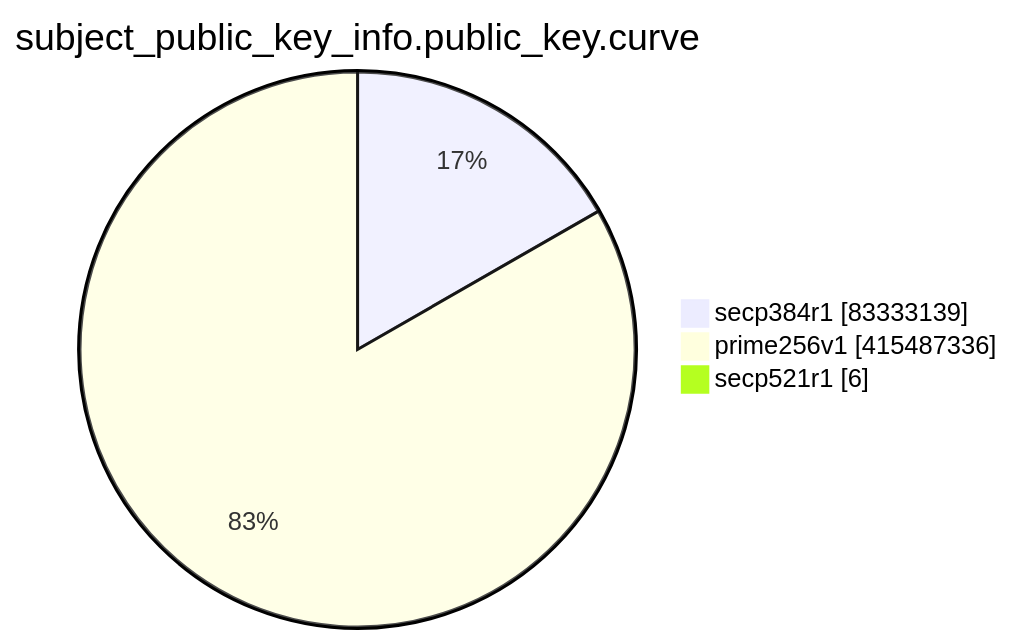
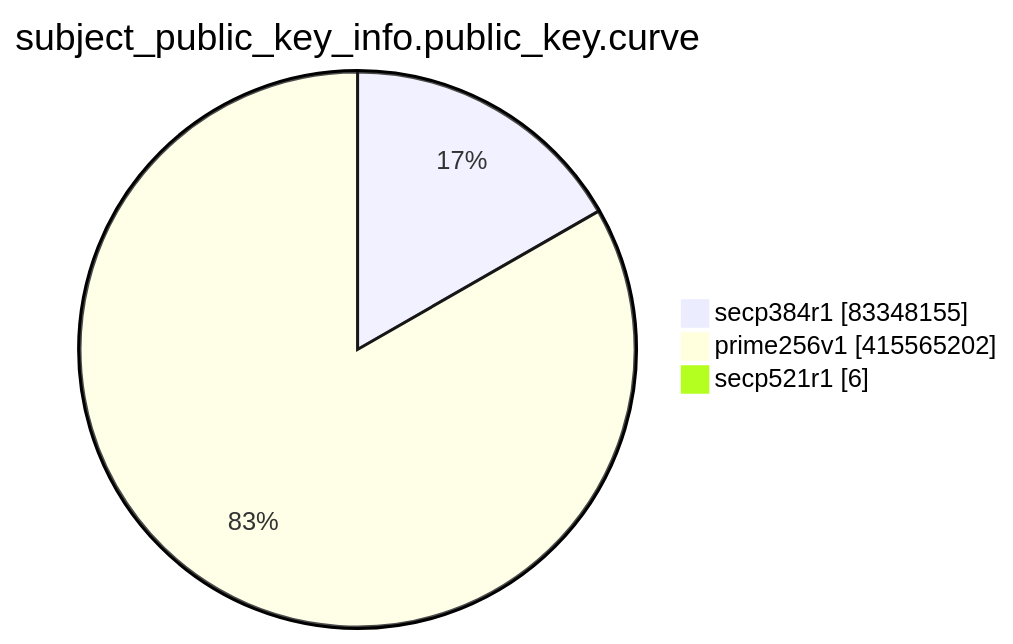
Before and after one commit to christiankrug/ctmonitor_visualization: the eighth of 15 diagrams in TOTAL/README.md, drawn with Mermaid. The commit also changed other lines of this file, not shown here.

````diff
--- a/TOTAL/README.md
+++ b/TOTAL/README.md
@@ -3098,7 +3098,7 @@
 ```mermaid
 pie showData
 title subject_public_key_info.public_key.curve
-"secp384r1" :83333139
-"prime256v1" :415487336
+"secp384r1" :83348155
+"prime256v1" :415565202
 "secp521r1" :6
 ```
````
